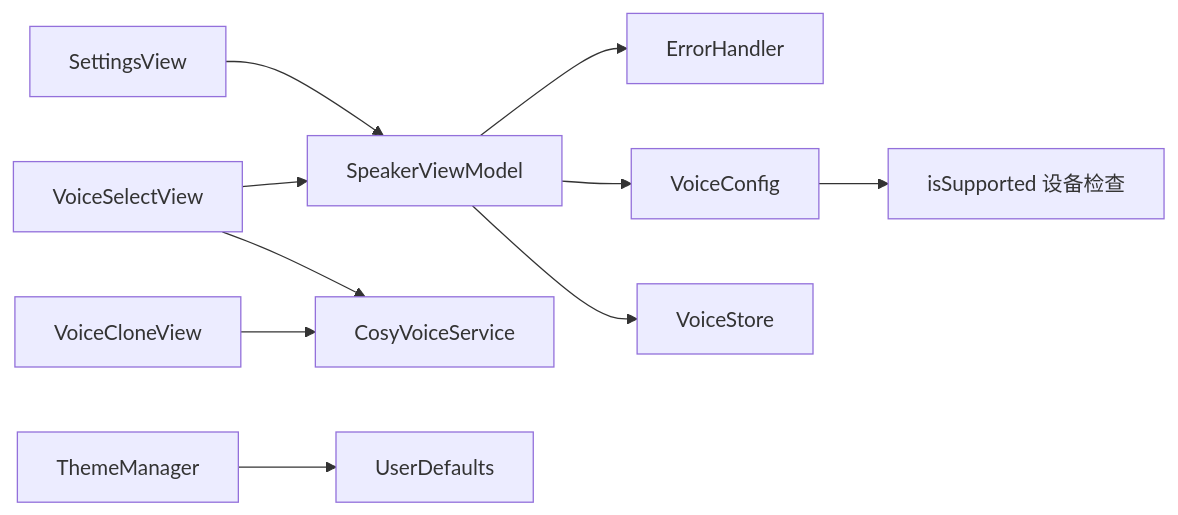
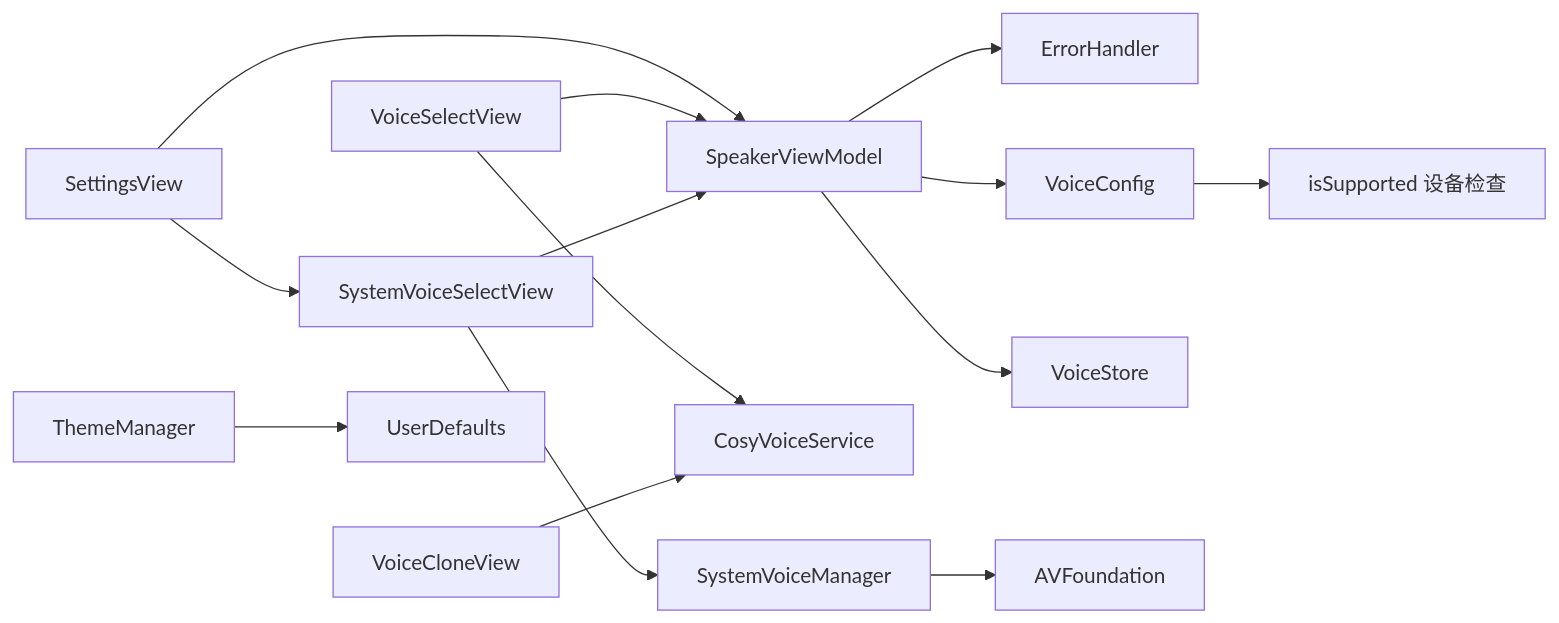
Before and after one commit to Primoguo/Knowledge: the ninth of 9 diagrams in .qoder/repowiki/zh/content/用户界面设计/设置界面/设置界面.md, drawn with Mermaid. The commit also changed other lines of this file and 52 other files, not shown here.

````diff
--- a/.qoder/repowiki/zh/content/用户界面设计/设置界面/设置界面.md
+++ b/.qoder/repowiki/zh/content/用户界面设计/设置界面/设置界面.md
@@ -335,12 +429,16 @@
 ```mermaid
 graph LR
 SV["SettingsView"] --> SVM["SpeakerViewModel"]
+SV --> SYSVS["SystemVoiceSelectView"]
 VSV["VoiceSelectView"] --> SVM
 VSV --> CVS["CosyVoiceService"]
 VCV["VoiceCloneView"] --> CVS
+SYSVS --> SVM
+SYSVS --> SYSVM["SystemVoiceManager"]
 SVM --> EH["ErrorHandler"]
 SVM --> VC["VoiceConfig"]
 SVM --> VS["VoiceStore"]
 TM["ThemeManager"] --> UD["UserDefaults"]
 VC --> IS["isSupported 设备检查"]
+SYSVM --> AVF["AVFoundation"]
 ```
````
